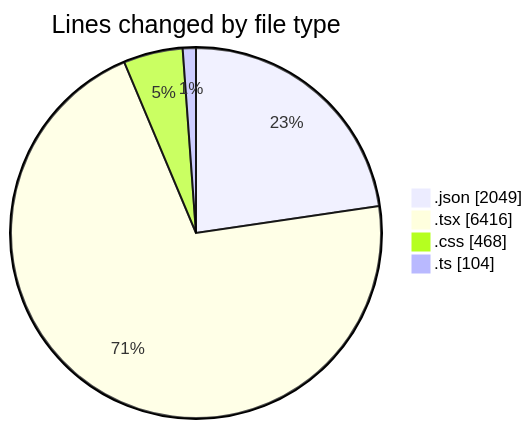
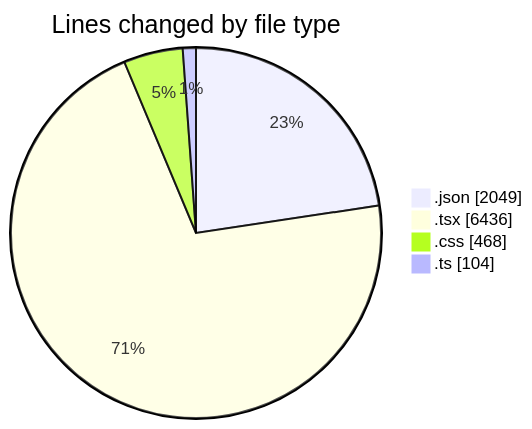
Before and after one commit to EIIisD/code-tracking: the first of 2 diagrams in 2025-08-14/ribbon/README.md, drawn with Mermaid. The commit also changed other lines of this file and 1 other file, not shown here.

````diff
--- a/2025-08-14/ribbon/README.md
+++ b/2025-08-14/ribbon/README.md
@@ -29,8 +29,8 @@
 ```mermaid
 pie showData
 title Lines changed by file type
 ".json" : 2049
-".tsx" : 6416
+".tsx" : 6436
 ".css" : 468
 ".ts" : 104
 ```
````
